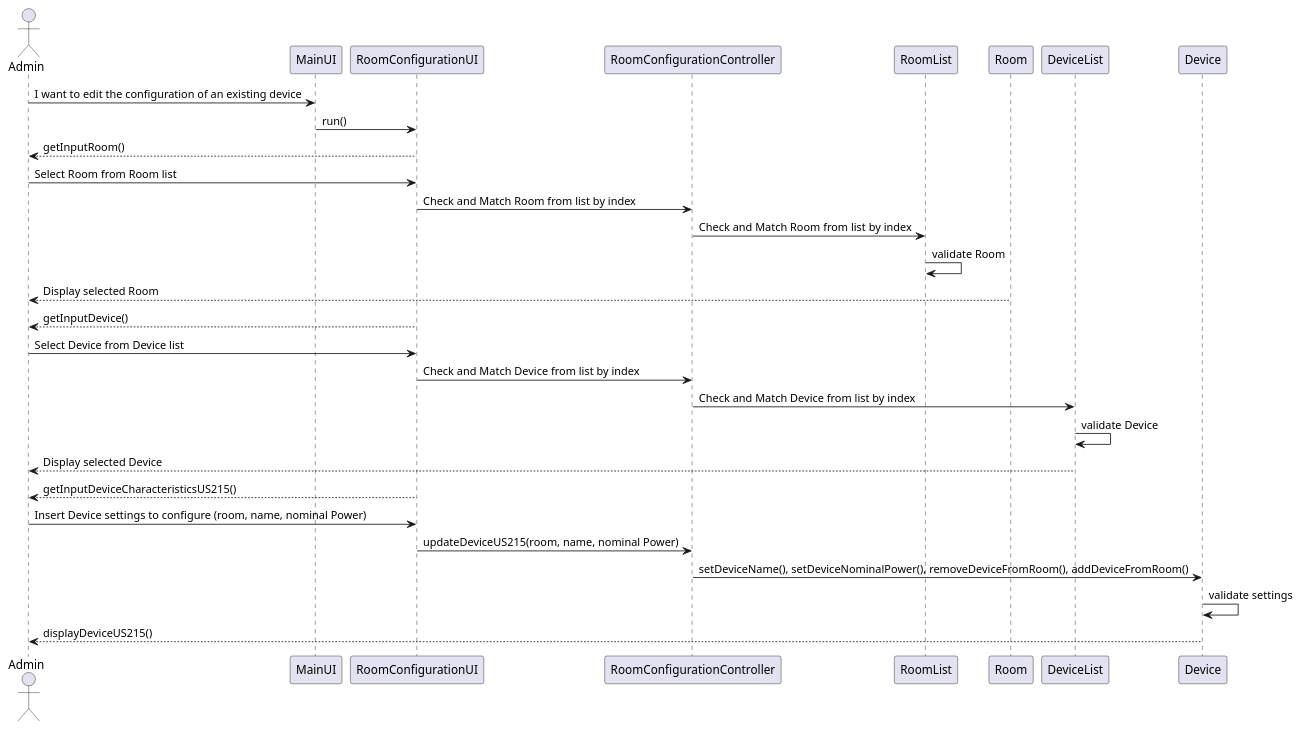
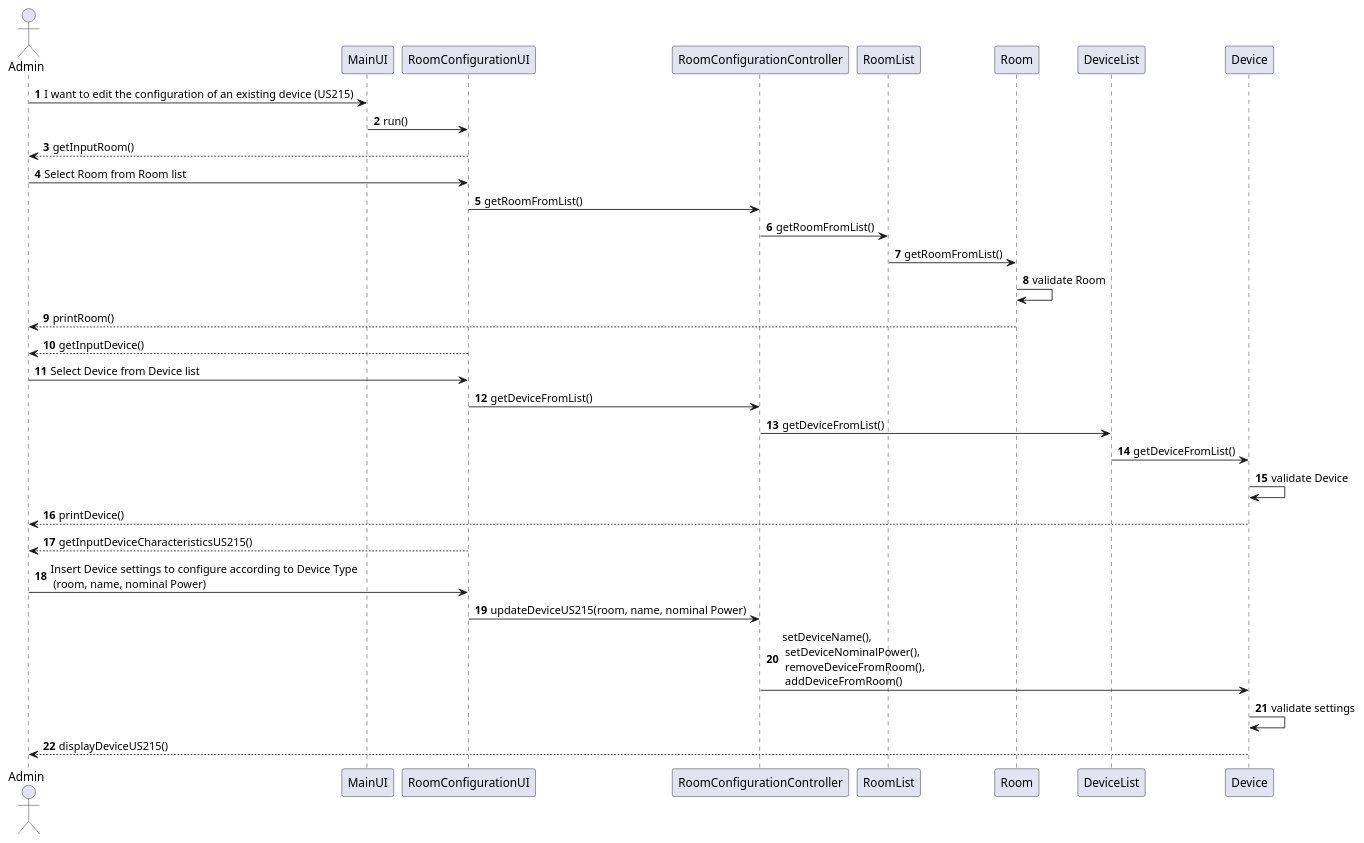
Before and after one commit to Almadanmp/project: the diagram in uml/US215.puml, drawn with PlantUML.

Commit message:
#62 - added UML sequence for US215.

```diff
--- a/uml/US215.puml
+++ b/uml/US215.puml
@@ -1,24 +1,27 @@
 @startuml
+autonumber
 actor Admin
-Admin -> MainUI: I want to edit the configuration of an existing device
+Admin -> MainUI: I want to edit the configuration of an existing device (US215)
 MainUI -> RoomConfigurationUI: run()
 RoomConfigurationUI --> Admin: getInputRoom()
 Admin -> RoomConfigurationUI: Select Room from Room list
-RoomConfigurationUI -> RoomConfigurationController: Check and Match Room from list by index
-RoomConfigurationController -> RoomList: Check and Match Room from list by index
-RoomList -> RoomList: validate Room
-Room --> Admin: Display selected Room
+RoomConfigurationUI -> RoomConfigurationController: getRoomFromList()
+RoomConfigurationController -> RoomList: getRoomFromList()
+RoomList->Room: getRoomFromList()
+Room -> Room: validate Room
+Room --> Admin: printRoom()
 RoomConfigurationUI --> Admin:getInputDevice()
 Admin -> RoomConfigurationUI: Select Device from Device list
-RoomConfigurationUI -> RoomConfigurationController: Check and Match Device from list by index
-RoomConfigurationController -> DeviceList: Check and Match Device from list by index
-DeviceList -> DeviceList: validate Device
-DeviceList --> Admin: Display selected Device
+RoomConfigurationUI -> RoomConfigurationController: getDeviceFromList()
+RoomConfigurationController -> DeviceList:  getDeviceFromList()
+DeviceList->Device: getDeviceFromList()
+Device -> Device: validate Device
+Device --> Admin: printDevice()
 RoomConfigurationUI --> Admin: getInputDeviceCharacteristicsUS215()
-Admin-> RoomConfigurationUI: Insert Device settings to configure (room, name, nominal Power)
+Admin-> RoomConfigurationUI: Insert Device settings to configure according to Device Type\n (room, name, nominal Power)
 RoomConfigurationUI -> RoomConfigurationController: updateDeviceUS215(room, name, nominal Power)
-RoomConfigurationController -> Device: setDeviceName(), setDeviceNominalPower(), removeDeviceFromRoom(), addDeviceFromRoom()
+RoomConfigurationController -> Device: setDeviceName(),\n setDeviceNominalPower(),\n removeDeviceFromRoom(),\n addDeviceFromRoom()
 Device -> Device: validate settings
 Device--> Admin: displayDeviceUS215()
 
 @enduml
```
